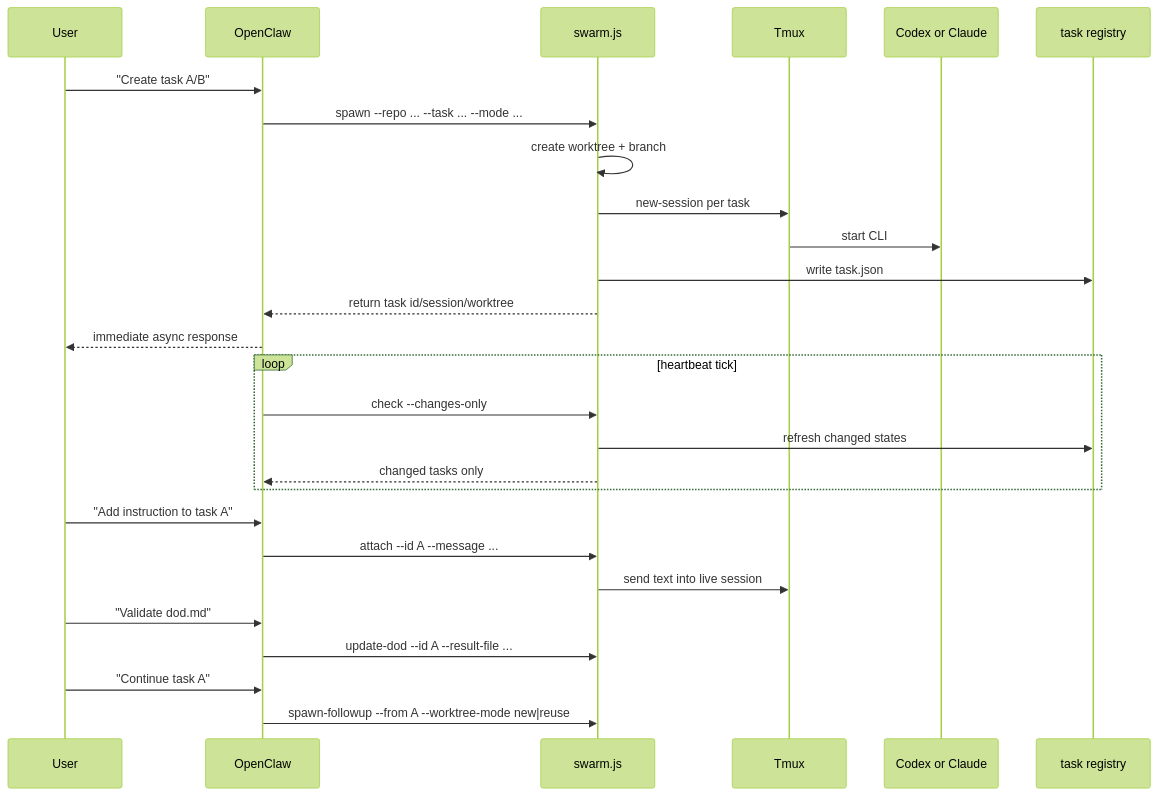
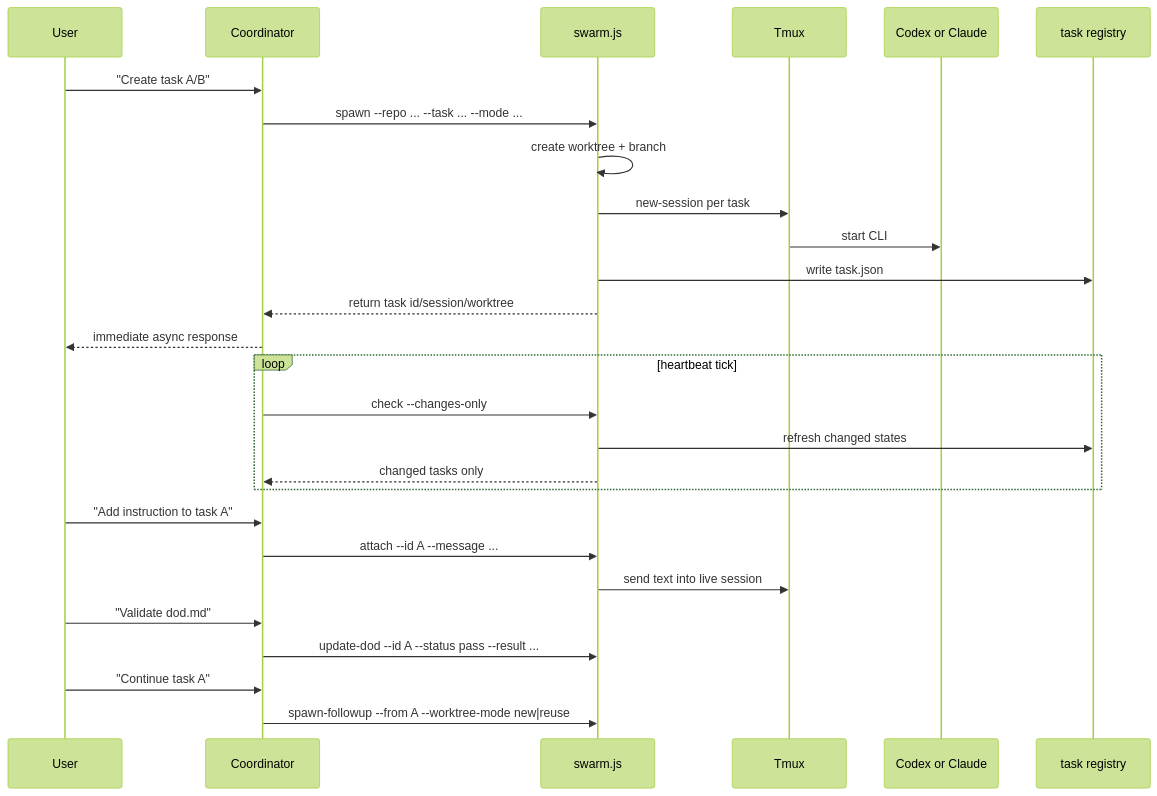
One commit to youzaiAGI/openclaw-agent-swarm-skills changed the second of 2 diagrams in README.md. Above: the diagram before and after it, drawn with Mermaid (forest theme). The commit also changed other lines of this file and 5 other files, not shown here.

````diff
--- a/README.md
+++ b/README.md
@@ -76,34 +76,34 @@
 ```mermaid
 sequenceDiagram
     participant User
-    participant OpenClaw
+    participant Coordinator
     participant Swarm as swarm.js
     participant Tmux
     participant Agent as Codex or Claude
     participant Registry as task registry
 
-    User->>OpenClaw: "Create task A/B"
-    OpenClaw->>Swarm: spawn --repo ... --task ... --mode ...
+    User->>Coordinator: "Create task A/B"
+    Coordinator->>Swarm: spawn --repo ... --task ... --mode ...
     Swarm->>Swarm: create worktree + branch
     Swarm->>Tmux: new-session per task
     Tmux->>Agent: start CLI
     Swarm->>Registry: write task.json
-    Swarm-->>OpenClaw: return task id/session/worktree
-    OpenClaw-->>User: immediate async response
+    Swarm-->>Coordinator: return task id/session/worktree
+    Coordinator-->>User: immediate async response
 
     loop heartbeat tick
-        OpenClaw->>Swarm: check --changes-only
+        Coordinator->>Swarm: check --changes-only
         Swarm->>Registry: refresh changed states
-        Swarm-->>OpenClaw: changed tasks only
+        Swarm-->>Coordinator: changed tasks only
     end
 
-    User->>OpenClaw: "Add instruction to task A"
-    OpenClaw->>Swarm: attach --id A --message ...
+    User->>Coordinator: "Add instruction to task A"
+    Coordinator->>Swarm: attach --id A --message ...
     Swarm->>Tmux: send text into live session
 
-    User->>OpenClaw: "Validate dod.md"
-    OpenClaw->>Swarm: update-dod --id A --result-file ...
+    User->>Coordinator: "Validate dod.md"
+    Coordinator->>Swarm: update-dod --id A --status pass --result ...
 
-    User->>OpenClaw: "Continue task A"
-    OpenClaw->>Swarm: spawn-followup --from A --worktree-mode new|reuse
+    User->>Coordinator: "Continue task A"
+    Coordinator->>Swarm: spawn-followup --from A --worktree-mode new|reuse
 ```
````
